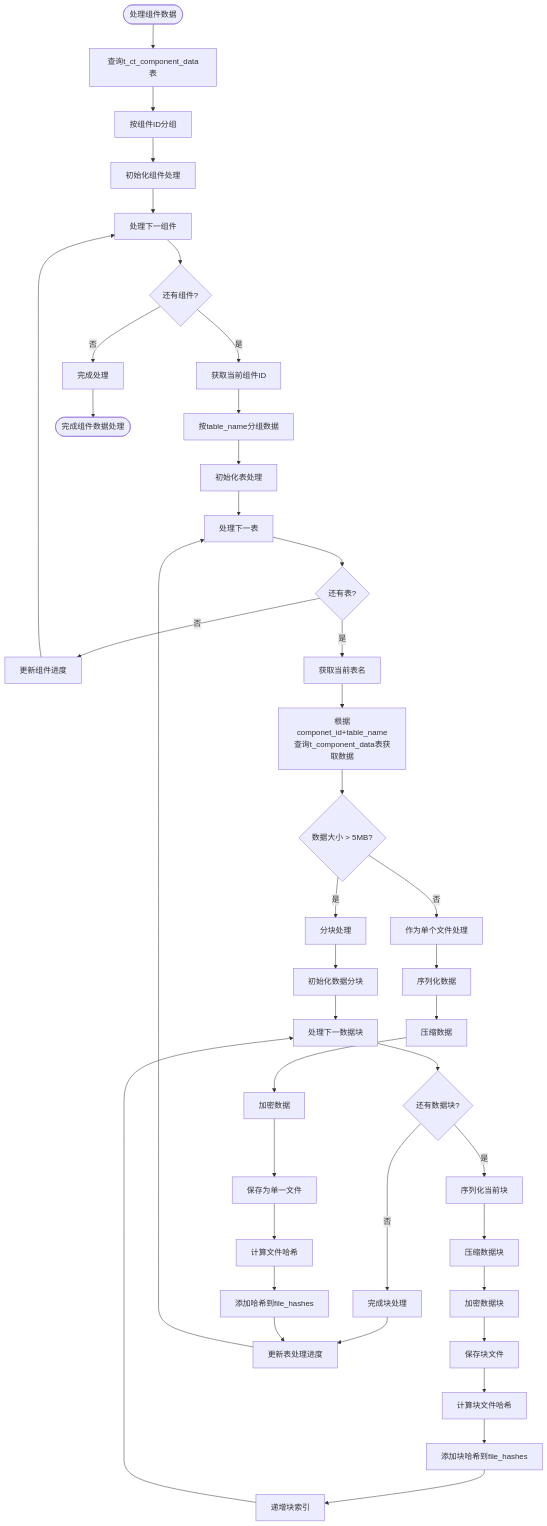
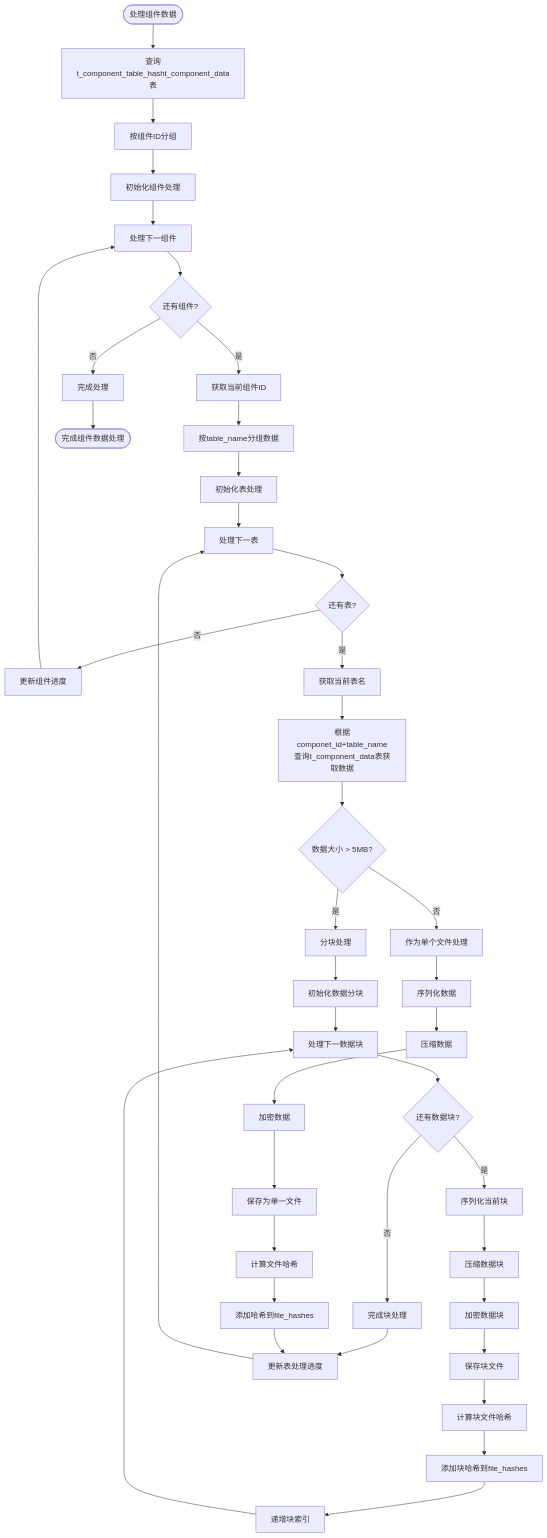
The diagram in all/未命名-56.md (yingjianzh/iodraw-files), drawn with Mermaid before and after one commit.

Commit message:
2025-05-12 14:20:28 update

````diff
--- a/all/未命名-56.md
+++ b/all/未命名-56.md
@@ -1,57 +1,57 @@
 ```mermaid
 
 flowchart TD
-    Start([处理组件数据]) --> QueryDB[查询t_ct_component_data表]
+    Start([处理组件数据]) --> QueryDB[查询t_component_table_hasht_component_data表]
     QueryDB --> GroupByComp[按组件ID分组]
     GroupByComp --> InitCompProcess[初始化组件处理]
     
     InitCompProcess --> ProcessNextComp[处理下一组件]
     ProcessNextComp --> MoreComps{还有组件?}
     MoreComps -->|否| CompleteProcess[完成处理]
     MoreComps -->|是| GetCompID[获取当前组件ID]
     
     GetCompID --> GroupByTable[按table_name分组数据]
     GroupByTable --> InitTableProcess[初始化表处理]
     
     InitTableProcess --> ProcessNextTable[处理下一表]
     ProcessNextTable --> MoreTables{还有表?}
     MoreTables -->|否| UpdateCompProgress[更新组件进度]
     MoreTables -->|是| GetTableName[获取当前表名]
     
     UpdateCompProgress --> ProcessNextComp
     
     GetTableName --> QueryTableData[根据componet_id+table_name查询t_component_data表获取数据]
     QueryTableData --> DataSize{数据大小 > 5MB?}
     
     DataSize -->|否| ProcessSingleFile[作为单个文件处理]
     DataSize -->|是| ProcessMultipleChunks[分块处理]
     
     ProcessSingleFile --> SerializeData[序列化数据]
     SerializeData --> CompressData[压缩数据]
     CompressData --> EncryptData[加密数据]
     EncryptData --> SaveSingleFile[保存为单一文件]
     SaveSingleFile --> CalcFileHash[计算文件哈希]
     CalcFileHash --> AddToFileHashes[添加哈希到file_hashes]
 
     ProcessMultipleChunks --> InitChunks[初始化数据分块]
     InitChunks --> ProcessNextChunk[处理下一数据块]
     
     ProcessNextChunk --> MoreChunks{还有数据块?}
     MoreChunks -->|否| CompleteChunks[完成块处理]
     MoreChunks -->|是| SerializeChunk[序列化当前块]
     
     SerializeChunk --> CompressChunk[压缩数据块]
     CompressChunk --> EncryptChunk[加密数据块]
     EncryptChunk --> SaveChunkFile[保存块文件]
     SaveChunkFile --> CalcChunkHash[计算块文件哈希]
     CalcChunkHash --> AddChunkHash[添加块哈希到file_hashes]
     AddChunkHash --> IncrementChunkIndex[递增块索引]
     IncrementChunkIndex --> ProcessNextChunk
     
     CompleteChunks --> UpdateTableProgress[更新表处理进度]
     AddToFileHashes --> UpdateTableProgress
     UpdateTableProgress --> ProcessNextTable
     
     CompleteProcess --> End([完成组件数据处理])
 
 ```
````
